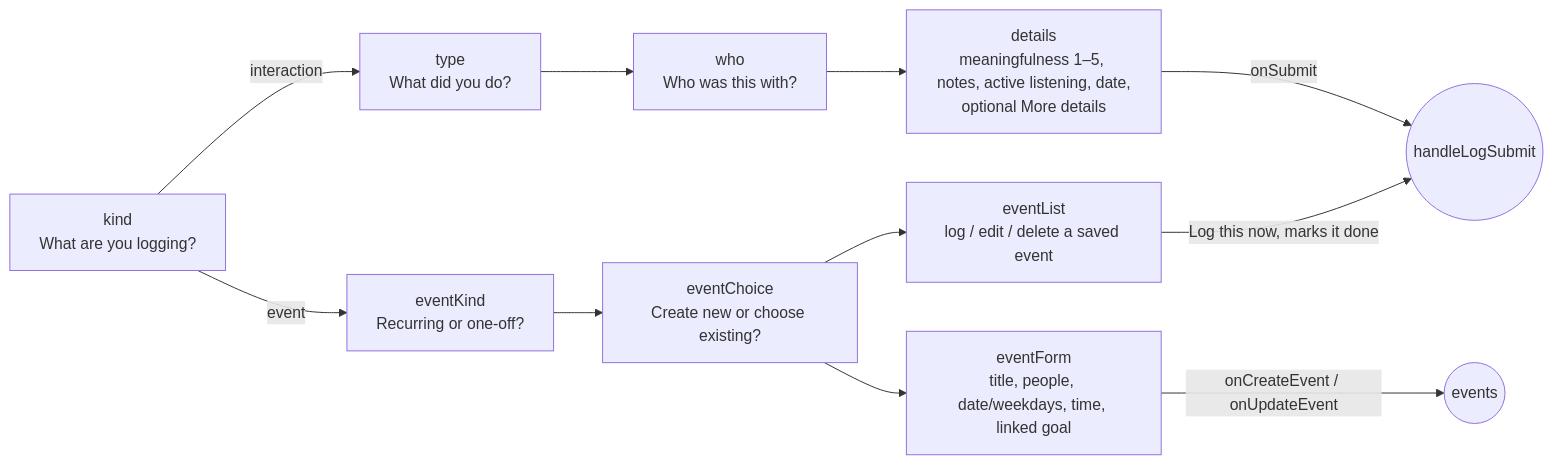
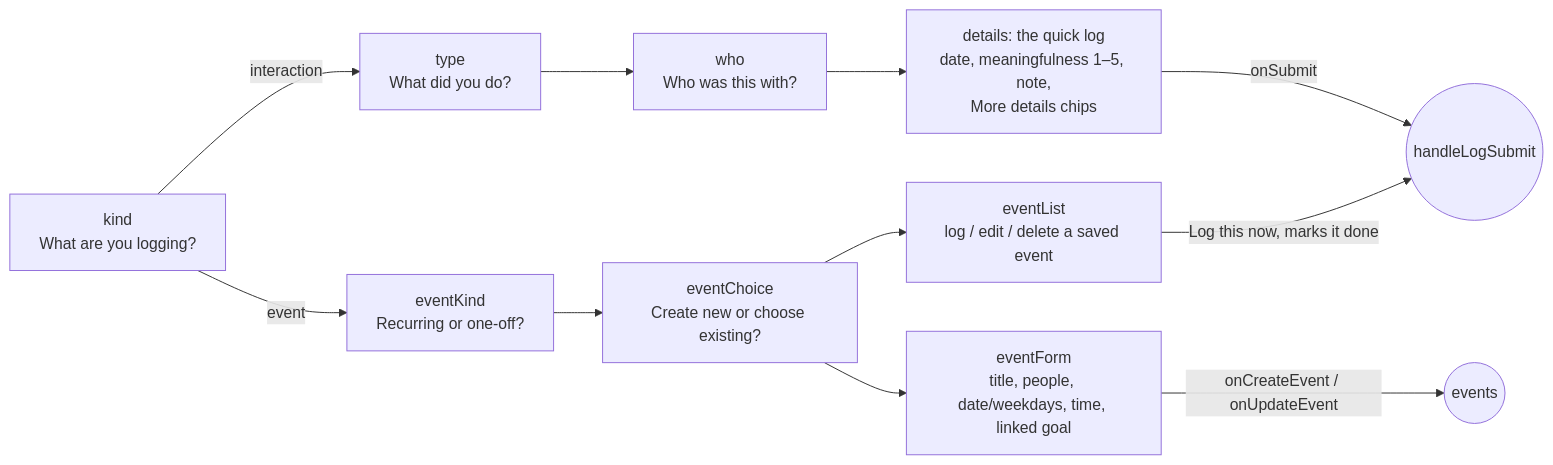
Before and after one commit to CastledRuby/layers-app: the second of 2 diagrams in docs/renderer/app-structure.md, drawn with Mermaid. The commit also changed other lines of this file and 34 other files, not shown here.

First line of the commit message:
Keep the quick log quick: extra details in their own sheets; polish

````diff
--- a/docs/renderer/app-structure.md
+++ b/docs/renderer/app-structure.md
@@ -137,13 +137,13 @@
 ```mermaid
 flowchart LR
   kind[kind<br/>What are you logging?] -->|interaction| type[type<br/>What did you do?]
   type --> who[who<br/>Who was this with?]
-  who --> details[details<br/>meaningfulness 1–5, notes, active listening, date,<br/>optional More details]
+  who --> details[details: the quick log<br/>date, meaningfulness 1–5, note,<br/>More details chips]
   details -->|onSubmit| done((handleLogSubmit))
   kind -->|event| eventKind[eventKind<br/>Recurring or one-off?]
   eventKind --> eventChoice[eventChoice<br/>Create new or choose existing?]
   eventChoice --> eventForm[eventForm<br/>title, people, date/weekdays, time, linked goal]
   eventChoice --> eventList[eventList<br/>log / edit / delete a saved event]
   eventForm -->|onCreateEvent / onUpdateEvent| saved((events))
   eventList -->|Log this now, marks it done| done
 ```
````
